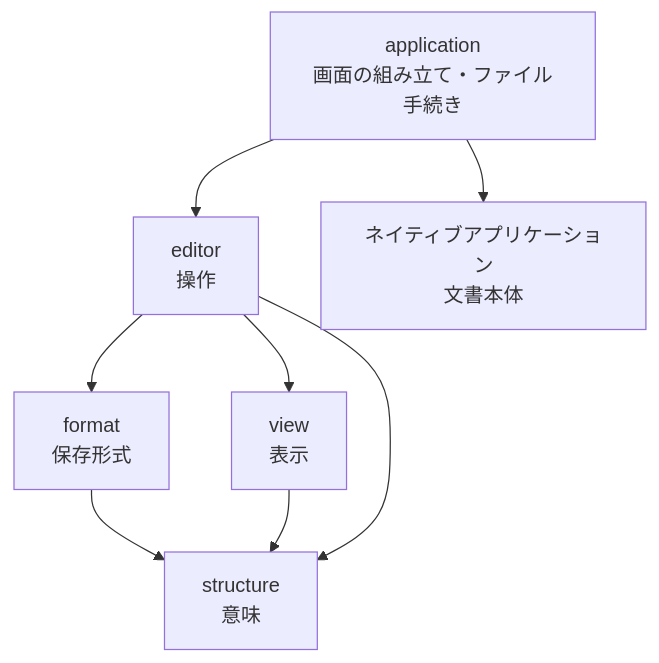
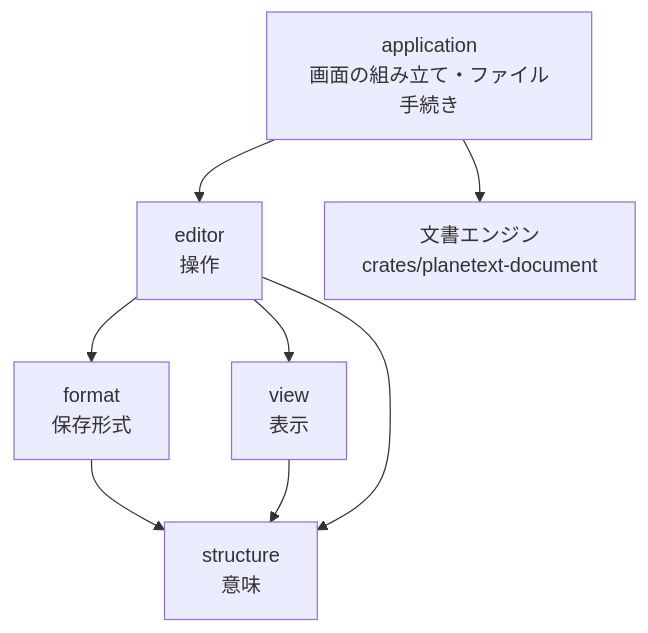
One commit to Motoyuki-Oya/math-editor changed the fourth of 7 diagrams in docs/architecture.md. Above: the diagram before and after it, drawn with Mermaid. The commit also changed other lines of this file and 5 other files, not shown here.

First line of the commit message:
Clarify workspace roles in architecture documentation.

````diff
--- a/docs/architecture.md
+++ b/docs/architecture.md
@@ -131,17 +156,17 @@
 ```mermaid
 flowchart TB
     Structure[structure<br/>意味]
     Format[format<br/>保存形式]
     View[view<br/>表示]
     Editor[editor<br/>操作]
     App[application<br/>画面の組み立て・ファイル手続き]
-    Native[ネイティブアプリケーション<br/>文書本体]
+    DocumentEngine[文書エンジン<br/>crates/planetext-document]
 
     Format --> Structure
     View --> Structure
     Editor --> Structure
     Editor --> Format
     Editor --> View
     App --> Editor
-    App --> Native
+    App --> DocumentEngine
 ```
````
